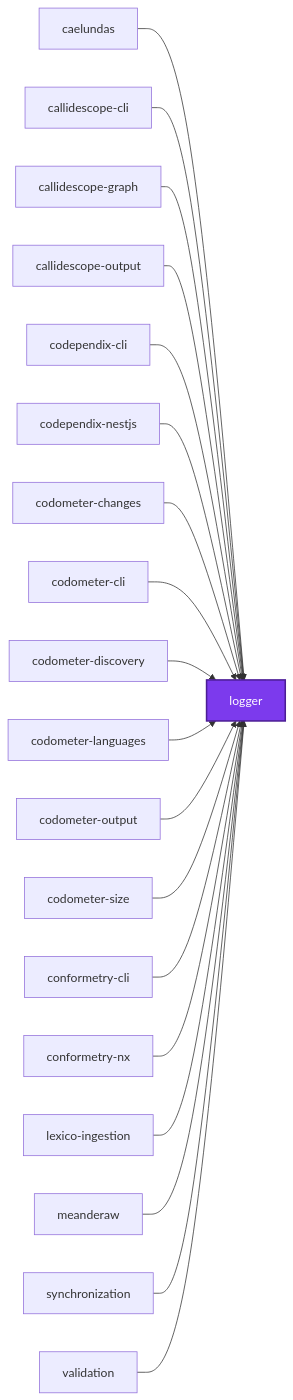
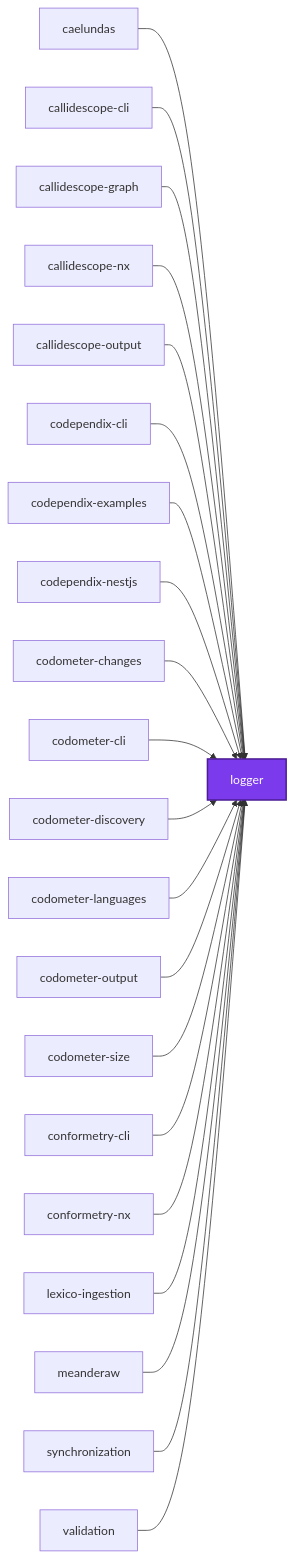
Before and after one commit to JimmyPaolini/codebase: the first of 3 diagrams in packages/logger/README.md, drawn with Mermaid. The commit also changed 25 other files, not shown here.

````diff
--- a/packages/logger/README.md
+++ b/packages/logger/README.md
@@ -135,42 +135,46 @@
 ```mermaid
 graph LR
   caelundas["caelundas"]
   callidescope_cli["callidescope-cli"]
   callidescope_graph["callidescope-graph"]
+  callidescope_nx["callidescope-nx"]
   callidescope_output["callidescope-output"]
   codependix_cli["codependix-cli"]
+  codependix_examples["codependix-examples"]
   codependix_nestjs["codependix-nestjs"]
   codometer_changes["codometer-changes"]
   codometer_cli["codometer-cli"]
   codometer_discovery["codometer-discovery"]
   codometer_languages["codometer-languages"]
   codometer_output["codometer-output"]
   codometer_size["codometer-size"]
   conformetry_cli["conformetry-cli"]
   conformetry_nx["conformetry-nx"]
   lexico_ingestion["lexico-ingestion"]
   logger["logger"]
   meanderaw["meanderaw"]
   synchronization["synchronization"]
   validation["validation"]
   caelundas --> logger
   callidescope_cli --> logger
   callidescope_graph --> logger
+  callidescope_nx --> logger
   callidescope_output --> logger
   codependix_cli --> logger
+  codependix_examples --> logger
   codependix_nestjs --> logger
   codometer_changes --> logger
   codometer_cli --> logger
   codometer_discovery --> logger
   codometer_languages --> logger
   codometer_output --> logger
   codometer_size --> logger
   conformetry_cli --> logger
   conformetry_nx --> logger
   lexico_ingestion --> logger
   meanderaw --> logger
   synchronization --> logger
   validation --> logger
   classDef subject fill:#7c3aed,color:#fff,stroke:#4c1d95,stroke-width:2px
   class logger subject
 ```
````
